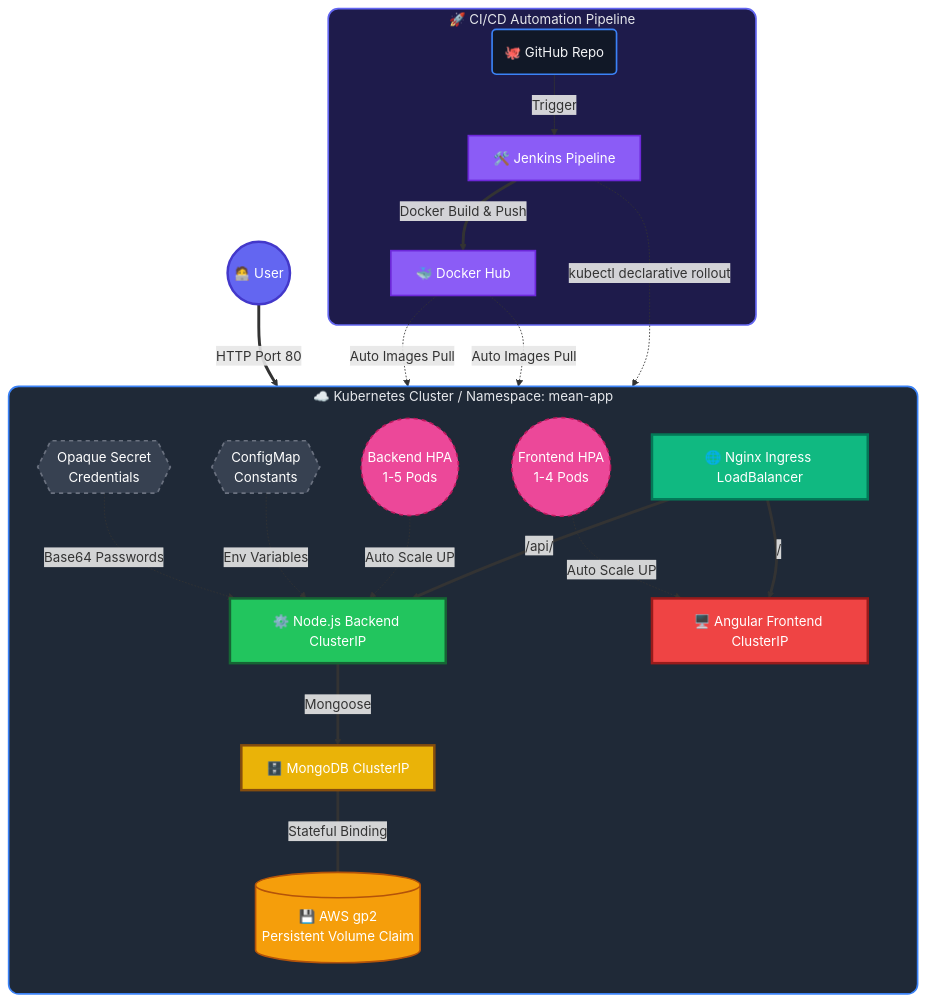
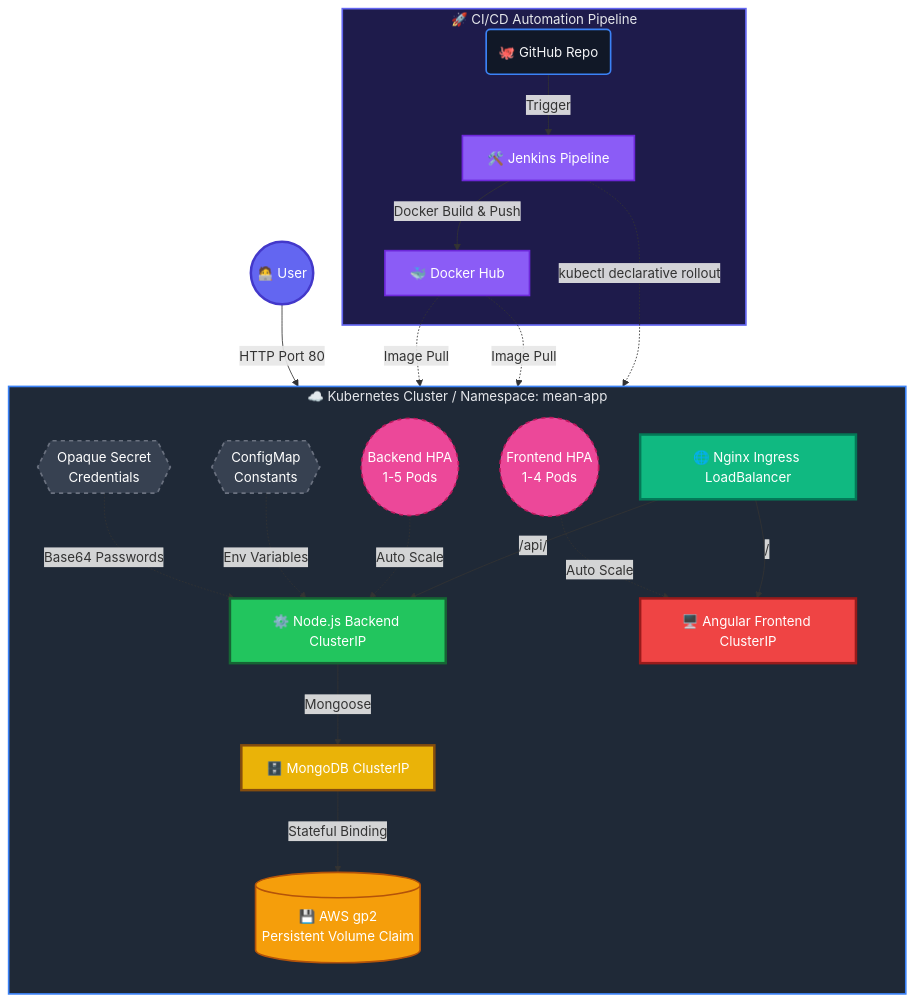
Before and after one commit to MoizAnsari-Dev/Enterprise_SaaS: the diagram in README.md, drawn with Mermaid.

Commit message:
docs(readme): fix mermaid syntax error so architecture diagram renders properly

````diff
--- a/README.md
+++ b/README.md
@@ -61,50 +61,50 @@
 ```mermaid
 flowchart TD
     %% Custom Styling Definitions
     classDef default fill:#111827,stroke:#3b82f6,stroke-width:2px,color:#f3f4f6
     classDef user fill:#6366f1,stroke:#4338ca,stroke-width:3px,color:#ffffff
     classDef loadbalancer fill:#10b981,stroke:#047857,stroke-width:3px,color:#ffffff
     classDef backend fill:#22c55e,stroke:#166534,stroke-width:3px,color:#ffffff
     classDef frontend fill:#ef4444,stroke:#991b1b,stroke-width:3px,color:#ffffff
     classDef database fill:#eab308,stroke:#854d0e,stroke-width:3px,color:#ffffff
     classDef storage fill:#f59e0b,stroke:#b45309,stroke-width:2px,color:#ffffff
     classDef cicd fill:#8b5cf6,stroke:#6d28d9,stroke-width:2px,color:#ffffff
-    classDef config fill:#374151,stroke:#6b7280,stroke-width:2px,stroke-dasharray: 5 5,color:#ffffff
-    classDef hpa fill:#ec4899,stroke:#be185d,stroke-width:2px,stroke-dasharray: 5 5,color:#ffffff
+    classDef config fill:#374151,stroke:#6b7280,stroke-width:2px,stroke-dasharray:5 5,color:#ffffff
+    classDef hpa fill:#ec4899,stroke:#be185d,stroke-width:2px,stroke-dasharray:5 5,color:#ffffff
 
     %% User Interaction
-    User((🧑‍💻 User)):::user ==> |HTTP Port 80| Nginx[🌐 Nginx Ingress LoadBalancer]:::loadbalancer
+    User((🧑‍💻 User)):::user --> |HTTP Port 80| Nginx[🌐 Nginx Ingress LoadBalancer]:::loadbalancer
     
     %% Kubernetes Workloads
     subgraph K8S [☁️ Kubernetes Cluster / Namespace: mean-app]
         direction TB
-        Nginx ==> |/api/| API[⚙️ Node.js Backend ClusterIP]:::backend
-        Nginx ==> |/| WEB[🖥️ Angular Frontend ClusterIP]:::frontend
+        Nginx --> |/api/| API[⚙️ Node.js Backend ClusterIP]:::backend
+        Nginx --> |/| WEB[🖥️ Angular Frontend ClusterIP]:::frontend
         
-        API ==> |Mongoose| DB_SVC[🗄️ MongoDB ClusterIP]:::database
+        API --> |Mongoose| DB_SVC[🗄️ MongoDB ClusterIP]:::database
         
         %% Horizontal Pod Autoscalers (HPA)
-        HPA_B((Backend HPA <br/> 1-5 Pods)):::hpa -.-> |Auto Scale UP| API
-        HPA_F((Frontend HPA <br/> 1-4 Pods)):::hpa -.-> |Auto Scale UP| WEB
+        HPA_B((Backend HPA <br/> 1-5 Pods)):::hpa -.-> |Auto Scale| API
+        HPA_F((Frontend HPA <br/> 1-4 Pods)):::hpa -.-> |Auto Scale| WEB
         
         %% Kubernetes Secrets & ConfigMaps
         CM{{ConfigMap <br/> Constants}}:::config -.-> |Env Variables| API
         SEC{{Opaque Secret <br/> Credentials}}:::config -.-> |Base64 Passwords| API
         
         %% Persistent Volumes
-        DB_SVC === |Stateful Binding| PVC[(💾 AWS gp2 <br/> Persistent Volume Claim)]:::storage
+        DB_SVC --> |Stateful Binding| PVC[(💾 AWS gp2 <br/> Persistent Volume Claim)]:::storage
     end
 
     %% Jenkins CI / CD Automation Pipeline
     subgraph CI [🚀 CI/CD Automation Pipeline]
         GH(🐙 GitHub Repo) --> |Trigger| J[🛠️ Jenkins Pipeline]:::cicd
-        J ==> |Docker Build & Push| DHUB[🐳 Docker Hub]:::cicd
-        DHUB -.-> |Auto Images Pull| API
-        DHUB -.-> |Auto Images Pull| WEB
+        J --> |Docker Build & Push| DHUB[🐳 Docker Hub]:::cicd
+        DHUB -.-> |Image Pull| API
+        DHUB -.-> |Image Pull| WEB
         J -.-> |kubectl declarative rollout| Nginx
     end
 
-    %% Beautiful Subgraph Styling (Dark Glassmorphism aesthetic)
-    style K8S fill:#1f2937,stroke:#3b82f6,stroke-width:2px,color:#e5e7eb,rx:12,ry:12
-    style CI fill:#1e1b4b,stroke:#6366f1,stroke-width:2px,color:#e5e7eb,rx:12,ry:12
+    %% Subgraph Styling
+    style K8S fill:#1f2937,stroke:#3b82f6,stroke-width:2px,color:#e5e7eb
+    style CI fill:#1e1b4b,stroke:#6366f1,stroke-width:2px,color:#e5e7eb
 ```
````
